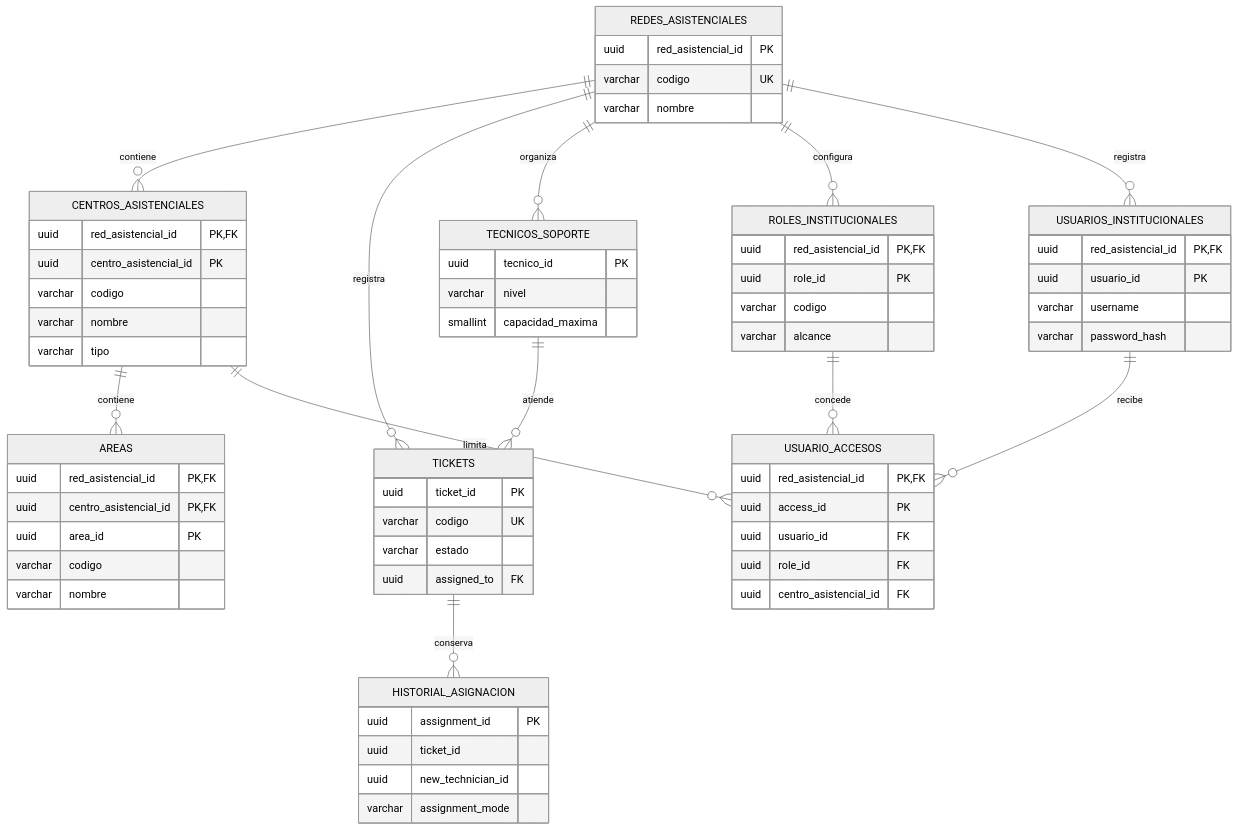
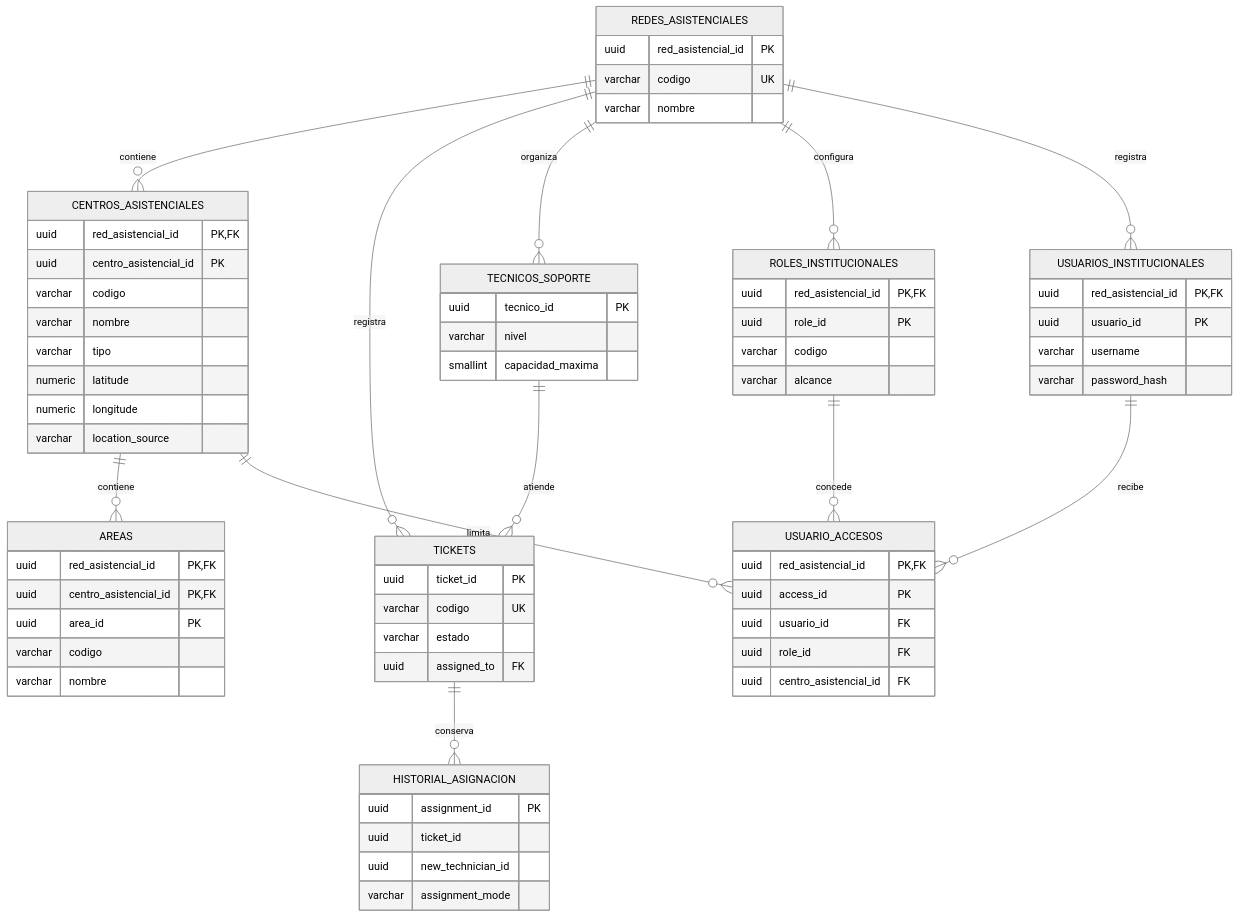
One commit to C-David28/essalud-ticket-system changed the second of 2 diagrams in README.md. Above: the diagram before and after it, drawn with Mermaid (neutral theme). The commit also changed other lines of this file and 43 other files, not shown here.

````diff
--- a/README.md
+++ b/README.md
@@ -85,69 +88,72 @@
 ```mermaid
 erDiagram
   REDES_ASISTENCIALES ||--o{ CENTROS_ASISTENCIALES : contiene
   CENTROS_ASISTENCIALES ||--o{ AREAS : contiene
   REDES_ASISTENCIALES ||--o{ TICKETS : registra
   REDES_ASISTENCIALES ||--o{ TECNICOS_SOPORTE : organiza
   REDES_ASISTENCIALES ||--o{ ROLES_INSTITUCIONALES : configura
   REDES_ASISTENCIALES ||--o{ USUARIOS_INSTITUCIONALES : registra
   USUARIOS_INSTITUCIONALES ||--o{ USUARIO_ACCESOS : recibe
   ROLES_INSTITUCIONALES ||--o{ USUARIO_ACCESOS : concede
   CENTROS_ASISTENCIALES ||--o{ USUARIO_ACCESOS : limita
   TECNICOS_SOPORTE ||--o{ TICKETS : atiende
   TICKETS ||--o{ HISTORIAL_ASIGNACION : conserva
   REDES_ASISTENCIALES {
     uuid red_asistencial_id PK
     varchar codigo UK
     varchar nombre
   }
   CENTROS_ASISTENCIALES {
     uuid red_asistencial_id PK,FK
     uuid centro_asistencial_id PK
     varchar codigo
     varchar nombre
     varchar tipo
+    numeric latitude
+    numeric longitude
+    varchar location_source
   }
   AREAS {
     uuid red_asistencial_id PK,FK
     uuid centro_asistencial_id PK,FK
     uuid area_id PK
     varchar codigo
     varchar nombre
   }
   TICKETS {
     uuid ticket_id PK
     varchar codigo UK
     varchar estado
     uuid assigned_to FK
   }
   TECNICOS_SOPORTE {
     uuid tecnico_id PK
     varchar nivel
     smallint capacidad_maxima
   }
   ROLES_INSTITUCIONALES {
     uuid red_asistencial_id PK,FK
     uuid role_id PK
     varchar codigo
     varchar alcance
   }
   USUARIOS_INSTITUCIONALES {
     uuid red_asistencial_id PK,FK
     uuid usuario_id PK
     varchar username
     varchar password_hash
   }
   USUARIO_ACCESOS {
     uuid red_asistencial_id PK,FK
     uuid access_id PK
     uuid usuario_id FK
     uuid role_id FK
     uuid centro_asistencial_id FK
   }
   HISTORIAL_ASIGNACION {
     uuid assignment_id PK
     uuid ticket_id
     uuid new_technician_id
     varchar assignment_mode
   }
 ```
````
